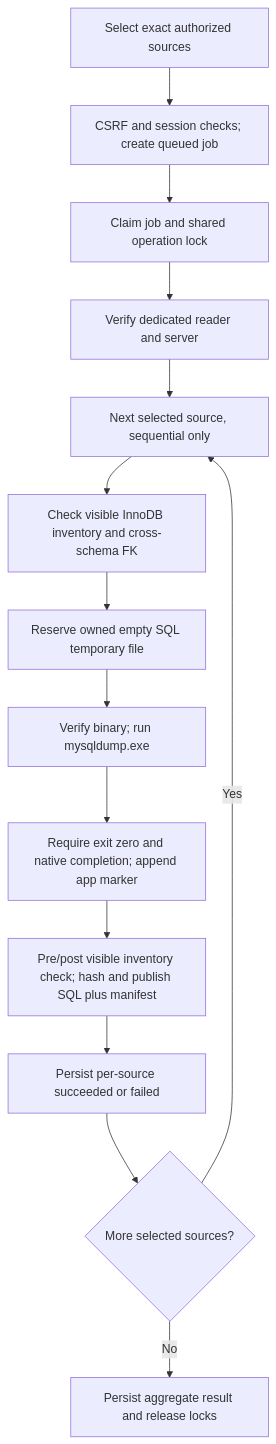
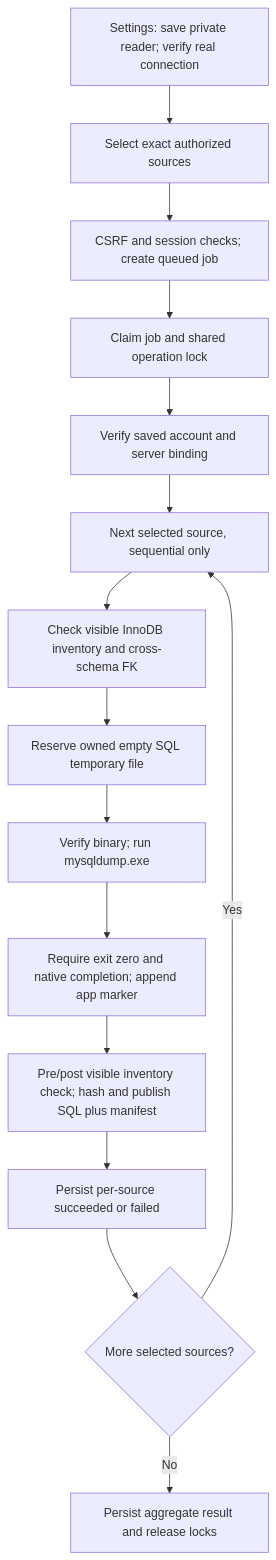
One commit to TonChaiya/backUP-phpmyadmin-fordev changed the second of 3 diagrams in docs/ARCHITECTURE.md. Above: the diagram before and after it, drawn with Mermaid. The commit also changed other lines of this file and 47 other files, not shown here.

````diff
--- a/docs/ARCHITECTURE.md
+++ b/docs/ARCHITECTURE.md
@@ -126,16 +128,17 @@
 ```mermaid
 flowchart TD
-    selectSources["Select exact authorized sources"] --> createJob["CSRF and session checks; create queued job"]
+    settings["Settings: save private reader; verify real connection"] --> selectSources["Select exact authorized sources"]
+    selectSources --> createJob["CSRF and session checks; create queued job"]
     createJob --> executeJob["Claim job and shared operation lock"]
-    executeJob --> reader["Verify dedicated reader and server"]
+    executeJob --> reader["Verify saved account and server binding"]
     reader --> nextSource["Next selected source, sequential only"]
     nextSource --> inventory["Check visible InnoDB inventory and cross-schema FK"]
     inventory --> reserve["Reserve owned empty SQL temporary file"]
     reserve --> dump["Verify binary; run mysqldump.exe"]
     dump --> completion["Require exit zero and native completion; append app marker"]
     completion --> publish["Pre/post visible inventory check; hash and publish SQL plus manifest"]
     publish --> record["Persist per-source succeeded or failed"]
     record --> remaining{"More selected sources?"}
     remaining -->|Yes| nextSource
     remaining -->|No| finish["Persist aggregate result and release locks"]
 ```
````
